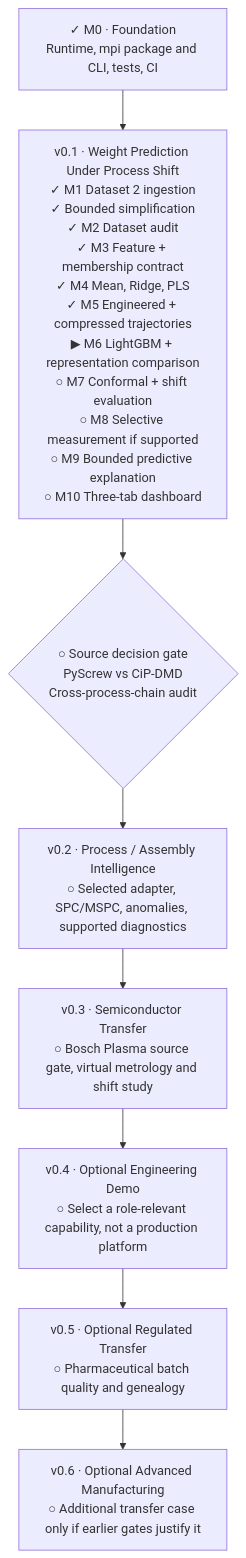
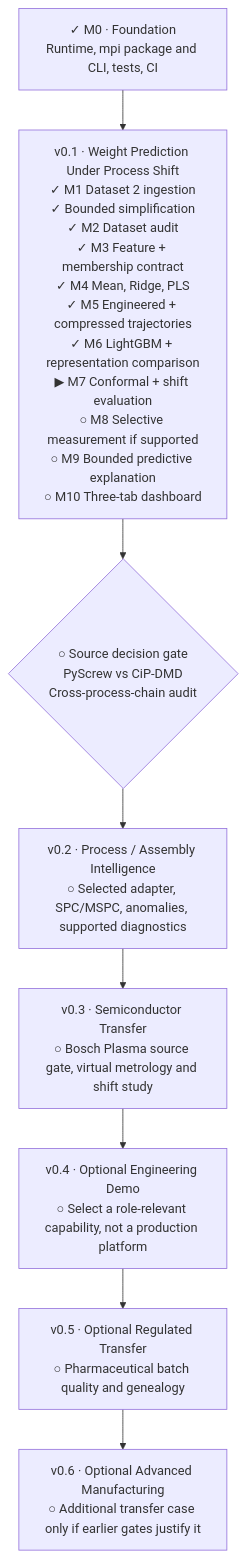
The diagram in docs/implementation-roadmap.md (stevennitesh/manufacturing-process-intelligence), drawn with Mermaid before and after one commit. The commit also changed other lines of this file and 8 other files, not shown here.

Commit message:
Add M6 bounded LightGBM representation comparison

````diff
--- a/docs/implementation-roadmap.md
+++ b/docs/implementation-roadmap.md
@@ -38,15 +40,15 @@
 ```mermaid
 flowchart TB
     F["✓ M0 · Foundation<br/>Runtime, mpi package and CLI, tests, CI"]
 
-    MVP["v0.1 · Weight Prediction Under Process Shift<br/>✓ M1 Dataset 2 ingestion<br/>✓ Bounded simplification<br/>✓ M2 Dataset audit<br/>✓ M3 Feature + membership contract<br/>✓ M4 Mean, Ridge, PLS<br/>✓ M5 Engineered + compressed trajectories<br/>▶ M6 LightGBM + representation comparison<br/>○ M7 Conformal + shift evaluation<br/>○ M8 Selective measurement if supported<br/>○ M9 Bounded predictive explanation<br/>○ M10 Three-tab dashboard"]
+    MVP["v0.1 · Weight Prediction Under Process Shift<br/>✓ M1 Dataset 2 ingestion<br/>✓ Bounded simplification<br/>✓ M2 Dataset audit<br/>✓ M3 Feature + membership contract<br/>✓ M4 Mean, Ridge, PLS<br/>✓ M5 Engineered + compressed trajectories<br/>✓ M6 LightGBM + representation comparison<br/>▶ M7 Conformal + shift evaluation<br/>○ M8 Selective measurement if supported<br/>○ M9 Bounded predictive explanation<br/>○ M10 Three-tab dashboard"]
 
     AUDIT{"○ Source decision gate<br/>PyScrew vs CiP-DMD<br/>Cross-process-chain audit"}
     PI["v0.2 · Process / Assembly Intelligence<br/>○ Selected adapter, SPC/MSPC, anomalies, supported diagnostics"]
     SEMI["v0.3 · Semiconductor Transfer<br/>○ Bosch Plasma source gate, virtual metrology and shift study"]
     PROD["v0.4 · Optional Engineering Demo<br/>○ Select a role-relevant capability, not a production platform"]
     PHARMA["v0.5 · Optional Regulated Transfer<br/>○ Pharmaceutical batch quality and genealogy"]
     ADV["v0.6 · Optional Advanced Manufacturing<br/>○ Additional transfer case only if earlier gates justify it"]
 
     F --> MVP --> AUDIT --> PI --> SEMI --> PROD --> PHARMA --> ADV
 ```
````
